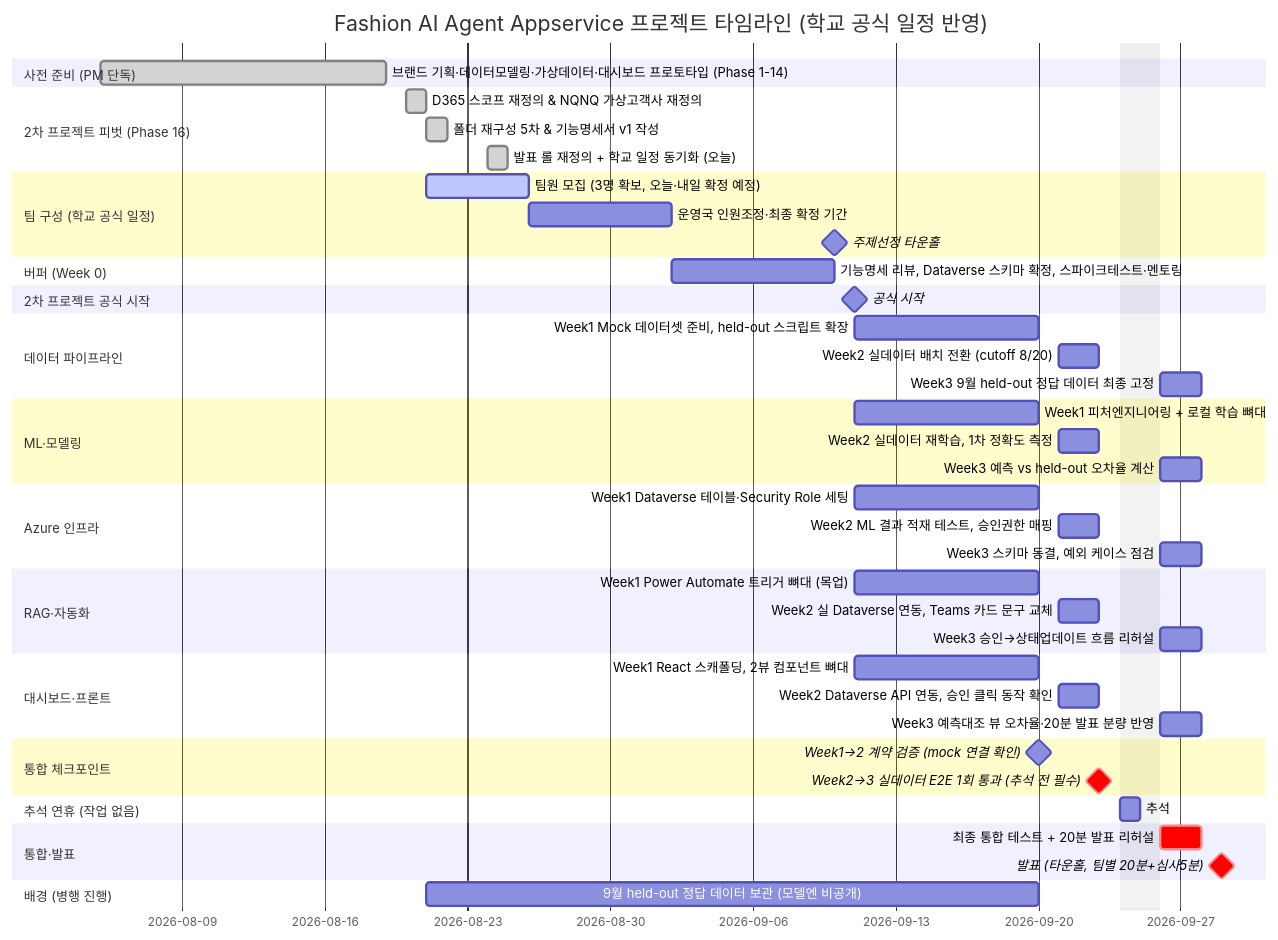
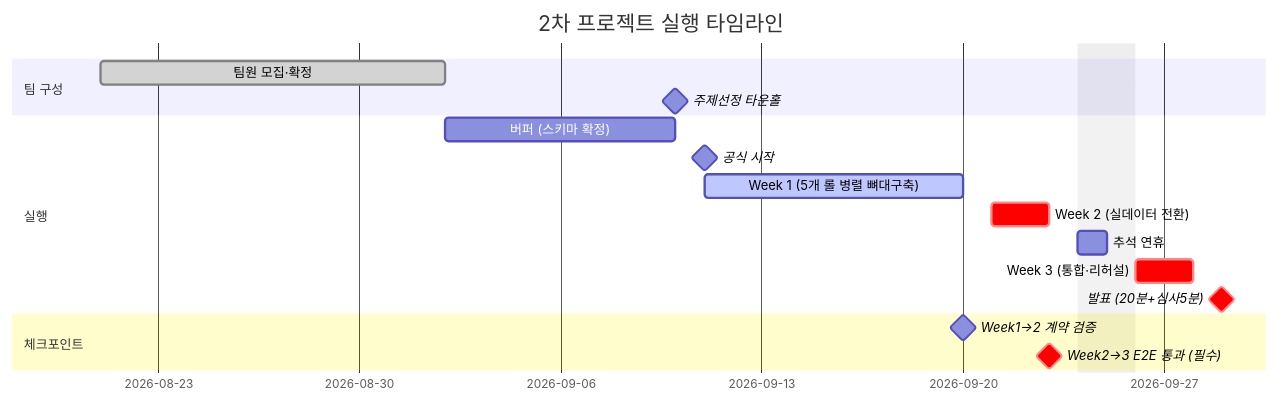
The diagram in 01.PLANNING/17. Week 0-3 실행 계획 & 동기화 체크포인트.md (nklee-git/ms2nd-fashion-ai-agent), drawn with Mermaid before and after one commit. The commit also changed other lines of this file, not shown here.

Commit message:
Simplify the embedded Gantt chart, it was unreadable in Obsidian
13 sections with full task descriptions per role collided and
overflowed in Obsidian's narrower note pane (screenshot showed labels
overlapping). Collapsed it to a single high-level timeline (team
formation, buffer, Week 1/2/3, Chuseok gap, presentation, two
checkpoints) since the role-by-week detail already lives in the table
right below it — no need to duplicate it in the diagram.

````diff
--- a/01.PLANNING/17. Week 0-3 실행 계획 & 동기화 체크포인트.md
+++ b/01.PLANNING/17. Week 0-3 실행 계획 & 동기화 체크포인트.md
@@ -22,65 +24,24 @@
 ```mermaid
 gantt
-    title Fashion AI Agent Appservice 프로젝트 타임라인 (학교 공식 일정 반영)
+    title 2차 프로젝트 실행 타임라인
     dateFormat  YYYY-MM-DD
     excludes    2026-09-24,2026-09-25
     todayMarker stroke-width:2px,stroke:#b4690a,opacity:0.7
 
-    section 사전 준비 (PM 단독)
-    브랜드 기획·데이터모델링·가상데이터·대시보드 프로토타입 (Phase 1-14) :done, foundation, 2026-08-05, 2026-08-19
+    section 팀 구성
+    팀원 모집·확정         :done, recruit, 2026-08-21, 2026-09-02
+    주제선정 타운홀         :milestone, townhall1, 2026-09-10, 0d
 
-    section 2차 프로젝트 피벗 (Phase 16)
-    D365 스코프 재정의 & NQNQ 가상고객사 재정의 :done, pivot1, 2026-08-20, 1d
-    폴더 재구성 5차 & 기능명세서 v1 작성       :done, pivot2, 2026-08-21, 1d
-    발표 롤 재정의 + 학교 일정 동기화 (오늘)   :done, docfix, 2026-08-24, 1d
+    section 실행
+    버퍼 (스키마 확정)      :buffer, 2026-09-02, 2026-09-10
+    공식 시작               :milestone, start, 2026-09-11, 0d
+    Week 1 (5개 롤 병렬 뼈대구축) :active, w1, 2026-09-11, 2026-09-20
+    Week 2 (실데이터 전환)   :crit, w2, 2026-09-21, 2026-09-23
+    추석 연휴                :vacation1, 2026-09-24, 2026-09-25
+    Week 3 (통합·리허설)    :crit, w3, 2026-09-26, 2026-09-28
+    발표 (20분+심사5분)     :crit, milestone, present, 2026-09-29, 0d
 
-    section 팀 구성 (학교 공식 일정)
-    팀원 모집 (3명 확보, 오늘·내일 확정 예정) :active, recruit, 2026-08-21, 2026-08-26
-    운영국 인원조정·최종 확정 기간             :confirm, 2026-08-26, 2026-09-02
-    주제선정 타운홀                            :milestone, townhall1, 2026-09-10, 0d
-
-    section 버퍼 (Week 0)
-    기능명세 리뷰, Dataverse 스키마 확정, 스파이크테스트·멘토링 :buffer, 2026-09-02, 2026-09-10
-
-    section 2차 프로젝트 공식 시작
-    공식 시작                                  :milestone, start, 2026-09-11, 0d
-
-    section 데이터 파이프라인
-    Week1 Mock 데이터셋 준비, held-out 스크립트 확장 :data1, 2026-09-11, 2026-09-20
-    Week2 실데이터 배치 전환 (cutoff 8/20)     :data2, 2026-09-21, 2026-09-23
-    Week3 9월 held-out 정답 데이터 최종 고정   :data3, 2026-09-26, 2026-09-28
-
-    section ML·모델링
-    Week1 피처엔지니어링 + 로컬 학습 뼈대      :ml1, 2026-09-11, 2026-09-20
-    Week2 실데이터 재학습, 1차 정확도 측정     :ml2, 2026-09-21, 2026-09-23
-    Week3 예측 vs held-out 오차율 계산         :ml3, 2026-09-26, 2026-09-28
-
-    section Azure 인프라
-    Week1 Dataverse 테이블·Security Role 세팅  :infra1, 2026-09-11, 2026-09-20
-    Week2 ML 결과 적재 테스트, 승인권한 매핑   :infra2, 2026-09-21, 2026-09-23
-    Week3 스키마 동결, 예외 케이스 점검        :infra3, 2026-09-26, 2026-09-28
-
-    section RAG·자동화
-    Week1 Power Automate 트리거 뼈대 (목업)    :rag1, 2026-09-11, 2026-09-20
-    Week2 실 Dataverse 연동, Teams 카드 문구 교체 :rag2, 2026-09-21, 2026-09-23
-    Week3 승인→상태업데이트 흐름 리허설        :rag3, 2026-09-26, 2026-09-28
-
-    section 대시보드·프론트
-    Week1 React 스캐폴딩, 2뷰 컴포넌트 뼈대    :dash1, 2026-09-11, 2026-09-20
-    Week2 Dataverse API 연동, 승인 클릭 동작 확인 :dash2, 2026-09-21, 2026-09-23
-    Week3 예측대조 뷰 오차율·20분 발표 분량 반영 :dash3, 2026-09-26, 2026-09-28
-
-    section 통합 체크포인트
-    Week1→2 계약 검증 (mock 연결 확인)         :milestone, cp1, 2026-09-20, 0d
-    Week2→3 실데이터 E2E 1회 통과 (추석 전 필수) :crit, milestone, cp2, 2026-09-23, 0d
-
-    section 추석 연휴 (작업 없음)
-    추석                                        :vacation1, 2026-09-24, 2026-09-25
-
-    section 통합·발표
-    최종 통합 테스트 + 20분 발표 리허설        :crit, integrate, 2026-09-26, 2026-09-28
-    발표 (타운홀, 팀별 20분+심사5분)           :crit, milestone, present, 2026-09-29, 0d
-
-    section 배경 (병행 진행)
-    9월 held-out 정답 데이터 보관 (모델엔 비공개) :holdout, 2026-08-21, 2026-09-20
+    section 체크포인트
+    Week1→2 계약 검증        :milestone, cp1, 2026-09-20, 0d
+    Week2→3 E2E 통과 (필수)  :crit, milestone, cp2, 2026-09-23, 0d
 ```
````
